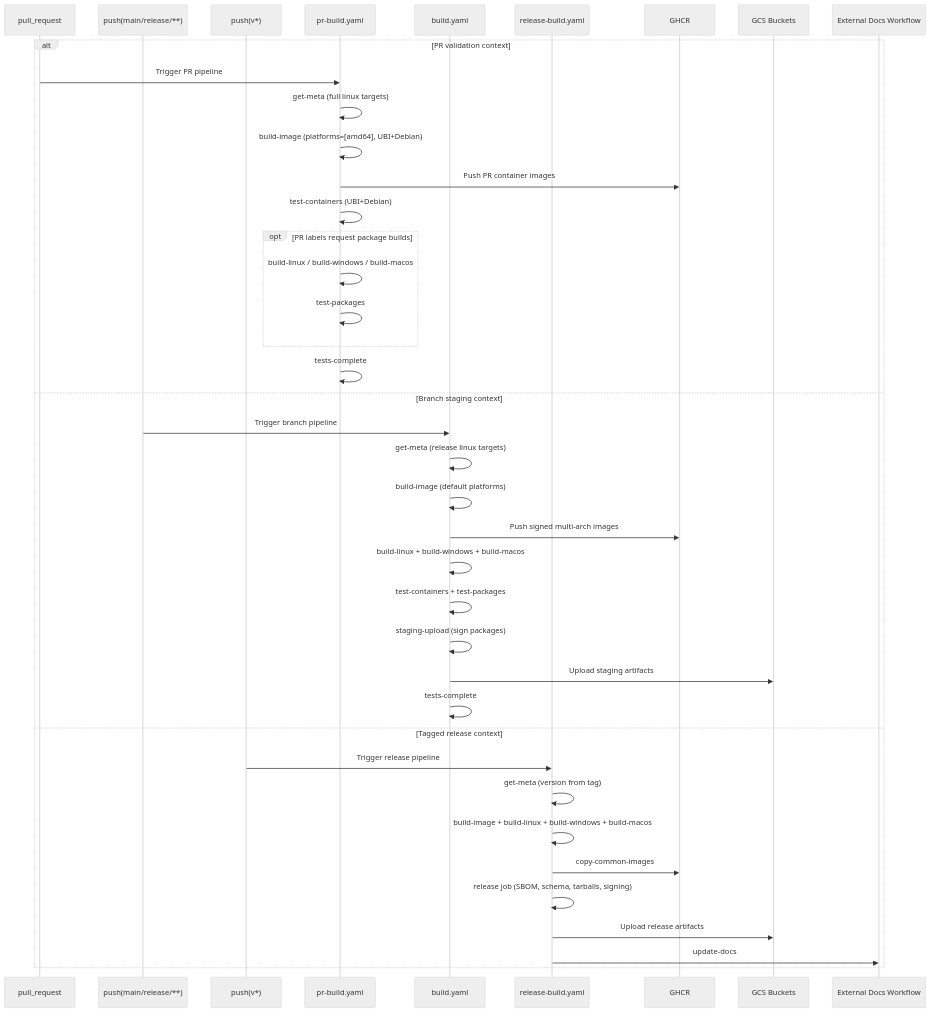
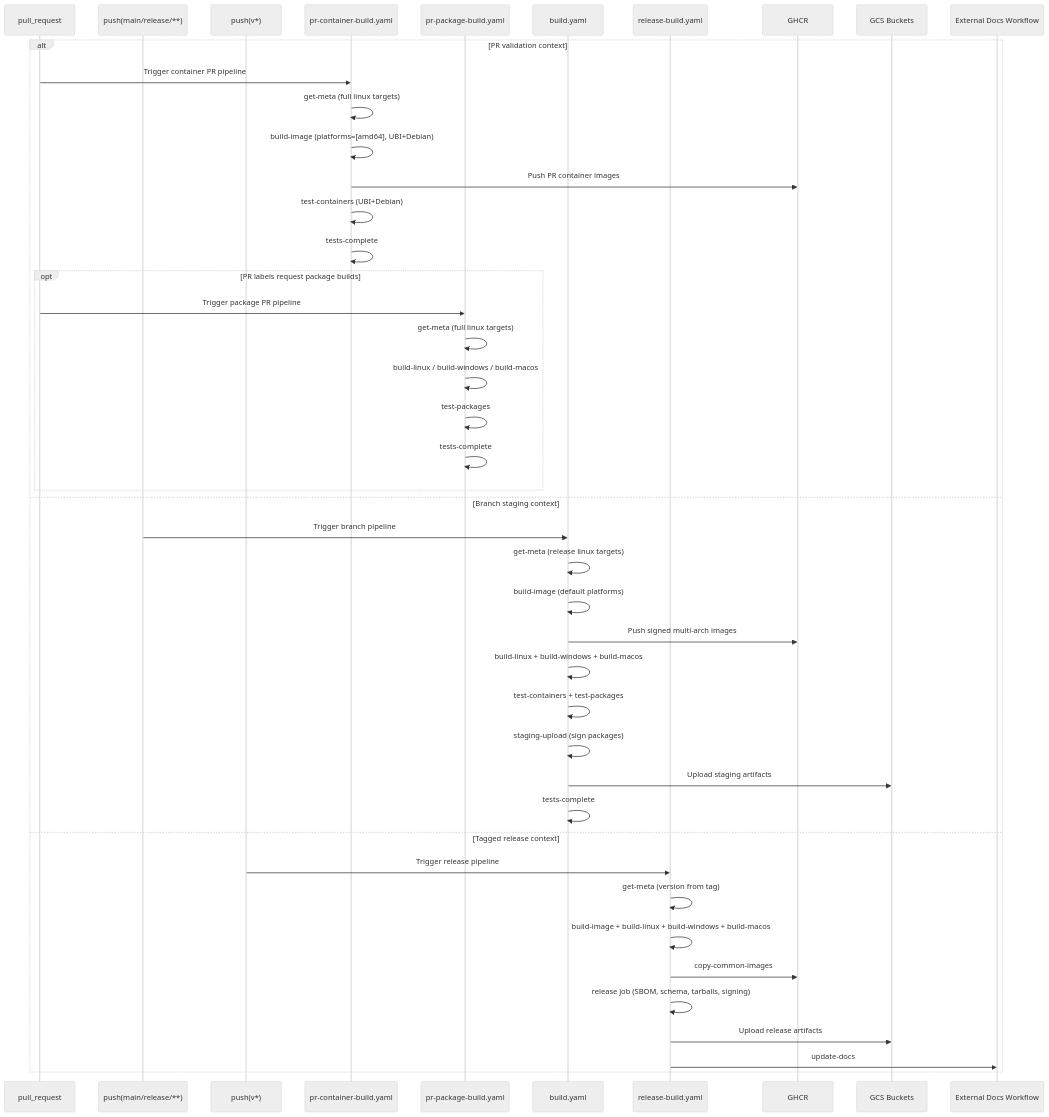
Before and after one commit to FluentDo/agent: the first of 4 diagrams in .github/workflows/README.md, drawn with Mermaid (neutral theme). The commit also changed other lines of this file and 4 other files, not shown here.

Commit message:
refactor: split container and optional package builds into separate workflows

````diff
--- a/.github/workflows/README.md
+++ b/.github/workflows/README.md
@@ -866,43 +908,47 @@
 ```mermaid
 sequenceDiagram
   participant PR as pull_request
   participant Push as push(main/release/**)
   participant Tag as push(v*)
-  participant PRBuild as pr-build.yaml
+  participant PRContainer as pr-container-build.yaml
+  participant PRPackage as pr-package-build.yaml
   participant BranchBuild as build.yaml
   participant RelBuild as release-build.yaml
   participant Registry as GHCR
   participant GCS as GCS Buckets
   participant Docs as External Docs Workflow
 
   alt PR validation context
-    PR->>PRBuild: Trigger PR pipeline
-    PRBuild->>PRBuild: get-meta (full linux targets)
-    PRBuild->>PRBuild: build-image (platforms=[amd64], UBI+Debian)
-    PRBuild->>Registry: Push PR container images
-    PRBuild->>PRBuild: test-containers (UBI+Debian)
+    PR->>PRContainer: Trigger container PR pipeline
+    PRContainer->>PRContainer: get-meta (full linux targets)
+    PRContainer->>PRContainer: build-image (platforms=[amd64], UBI+Debian)
+    PRContainer->>Registry: Push PR container images
+    PRContainer->>PRContainer: test-containers (UBI+Debian)
+    PRContainer->>PRContainer: tests-complete
     opt PR labels request package builds
-      PRBuild->>PRBuild: build-linux / build-windows / build-macos
-      PRBuild->>PRBuild: test-packages
+      PR->>PRPackage: Trigger package PR pipeline
+      PRPackage->>PRPackage: get-meta (full linux targets)
+      PRPackage->>PRPackage: build-linux / build-windows / build-macos
+      PRPackage->>PRPackage: test-packages
+      PRPackage->>PRPackage: tests-complete
     end
-    PRBuild->>PRBuild: tests-complete
   else Branch staging context
     Push->>BranchBuild: Trigger branch pipeline
     BranchBuild->>BranchBuild: get-meta (release linux targets)
     BranchBuild->>BranchBuild: build-image (default platforms)
     BranchBuild->>Registry: Push signed multi-arch images
     BranchBuild->>BranchBuild: build-linux + build-windows + build-macos
     BranchBuild->>BranchBuild: test-containers + test-packages
     BranchBuild->>BranchBuild: staging-upload (sign packages)
     BranchBuild->>GCS: Upload staging artifacts
     BranchBuild->>BranchBuild: tests-complete
   else Tagged release context
     Tag->>RelBuild: Trigger release pipeline
     RelBuild->>RelBuild: get-meta (version from tag)
     RelBuild->>RelBuild: build-image + build-linux + build-windows + build-macos
     RelBuild->>Registry: copy-common-images
     RelBuild->>RelBuild: release job (SBOM, schema, tarballs, signing)
     RelBuild->>GCS: Upload release artifacts
     RelBuild->>Docs: update-docs
   end
 ```
````
